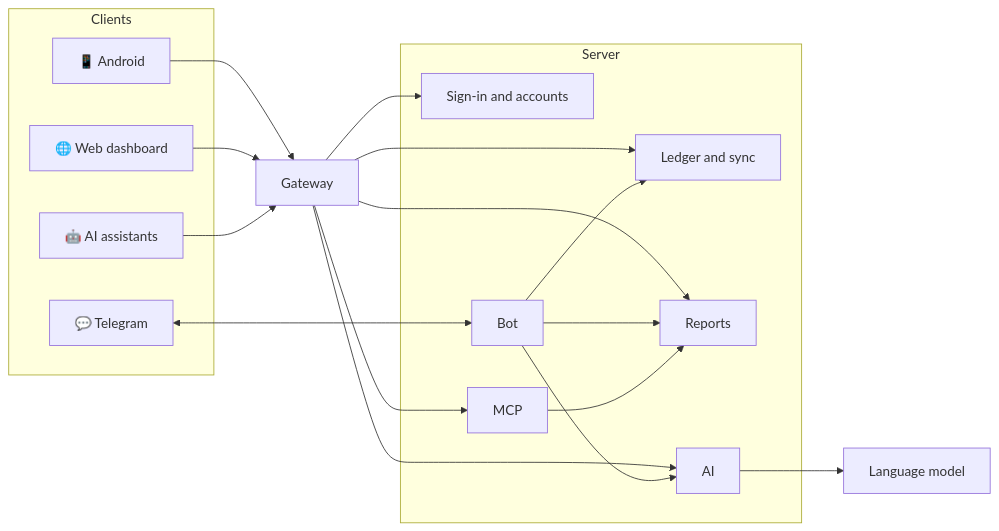
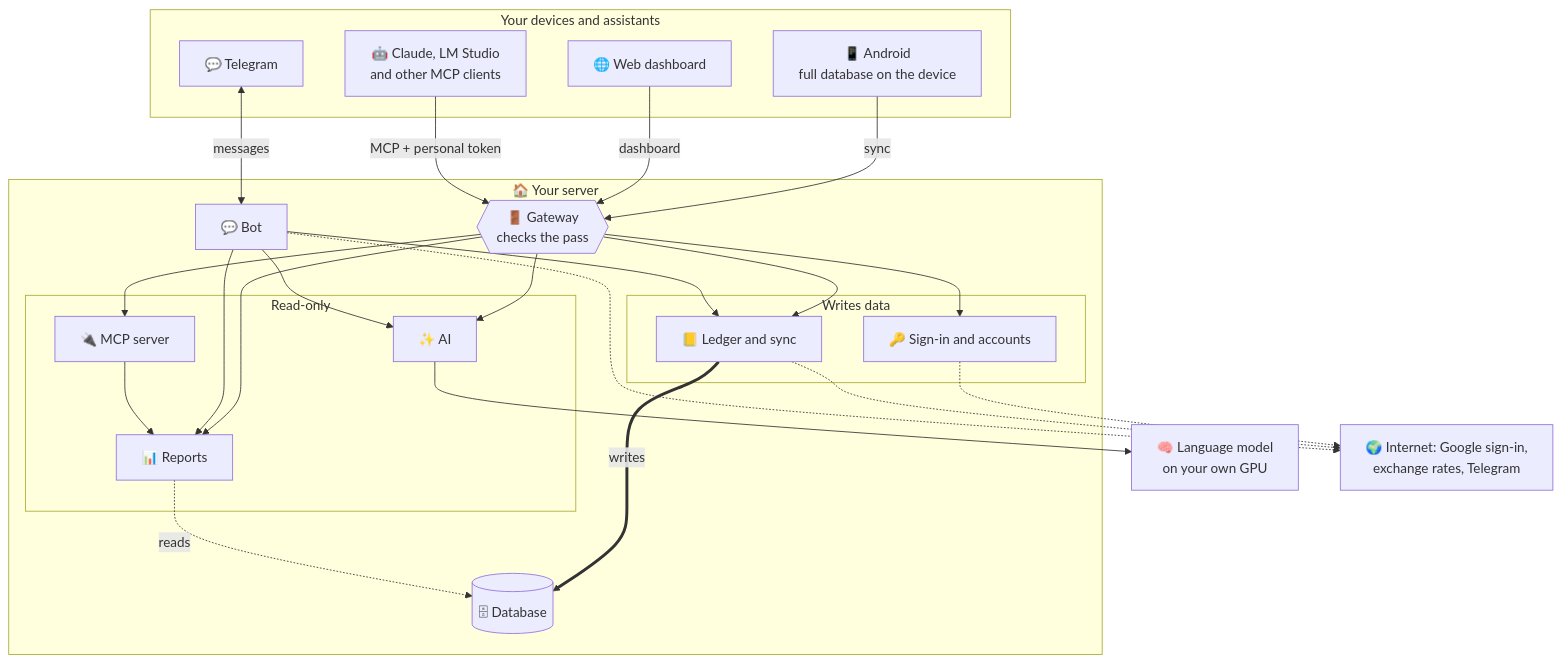
The first of 2 diagrams in docs/en/components.md (WalletTransactions/WalletTransactions.github.io), drawn with Mermaid before and after one commit. The commit also changed other lines of this file and 43 other files, not shown here.

First line of the commit message:
Страница «Как это выглядит» и новая схема «Из чего состоит» (#6)

````diff
--- a/docs/en/components.md
+++ b/docs/en/components.md
@@ -6,25 +6,43 @@
 ```mermaid
-flowchart LR
-    subgraph Clients["Clients"]
-        APP["📱 Android"]
+flowchart TB
+    subgraph Clients["Your devices and assistants"]
+        APP["📱 Android<br/>full database on the device"]
         WEB["🌐 Web dashboard"]
         TG["💬 Telegram"]
-        MCPC["🤖 AI assistants"]
+        ASSIST["🤖 Claude, LM Studio<br/>and other MCP clients"]
     end
-    GW["Gateway"]
-    subgraph Core["Server"]
-        AUTH["Sign-in and accounts"]
-        LEDGER["Ledger and sync"]
-        REPORT["Reports"]
-        AI["AI"]
-        MCP["MCP"]
-        BOT["Bot"]
+
+    subgraph Home["🏠 Your server"]
+        GW{{"🚪 Gateway<br/>checks the pass"}}
+        subgraph Write["Writes data"]
+            AUTH["🔑 Sign-in and accounts"]
+            LEDGER["📒 Ledger and sync"]
+        end
+        subgraph ReadOnly["Read-only"]
+            REPORT["📊 Reports"]
+            MCP["🔌 MCP server"]
+            AI["✨ AI"]
+        end
+        BOT["💬 Bot"]
+        DB[("🗄 Database")]
     end
-    LLM["Language model"]
-    APP & WEB & MCPC --> GW
-    TG <--> BOT
+
+    LLM["🧠 Language model<br/>on your own GPU"]
+    NET["🌍 Internet: Google sign-in,<br/>exchange rates, Telegram"]
+
+    APP -- "sync" --> GW
+    WEB -- "dashboard" --> GW
+    ASSIST -- "MCP + personal token" --> GW
+    TG <-- "messages" --> BOT
+
     GW --> AUTH & LEDGER & REPORT & AI & MCP
     BOT --> LEDGER & REPORT & AI
+    MCP --> REPORT
     AI --> LLM
-    MCP --> REPORT
+
+    LEDGER == "writes" ==> DB
+    REPORT -. "reads" .-> DB
+    AUTH -.-> NET
+    LEDGER -.-> NET
+    BOT -.-> NET
 ```
````
